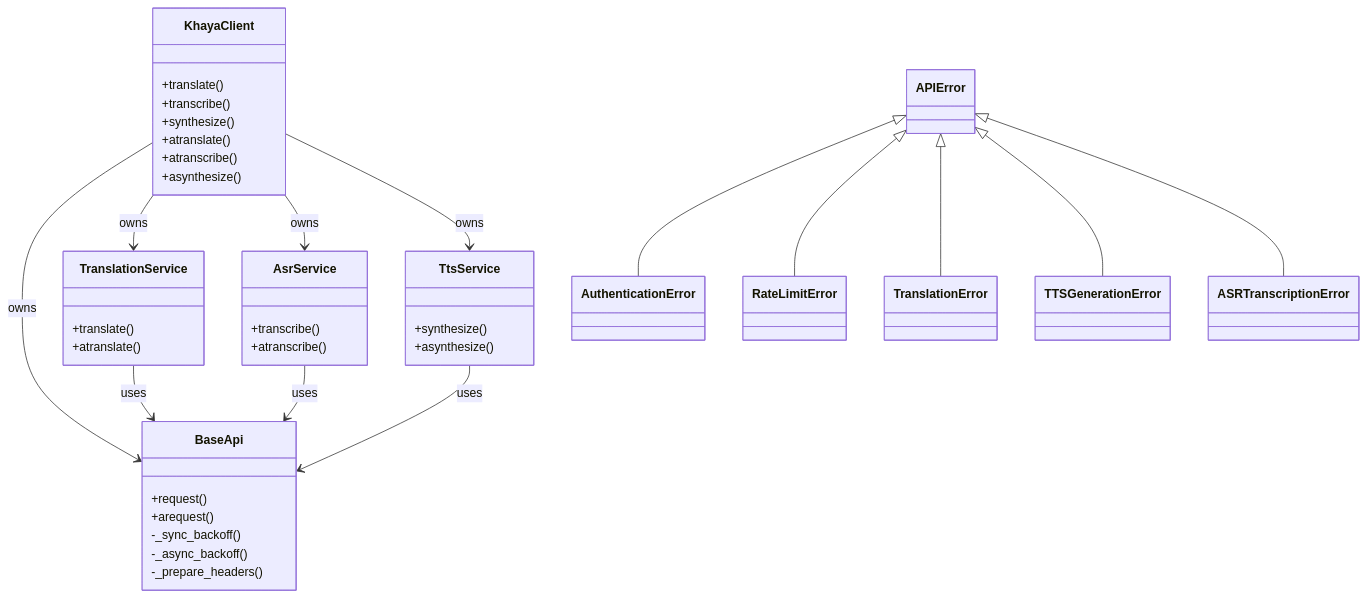
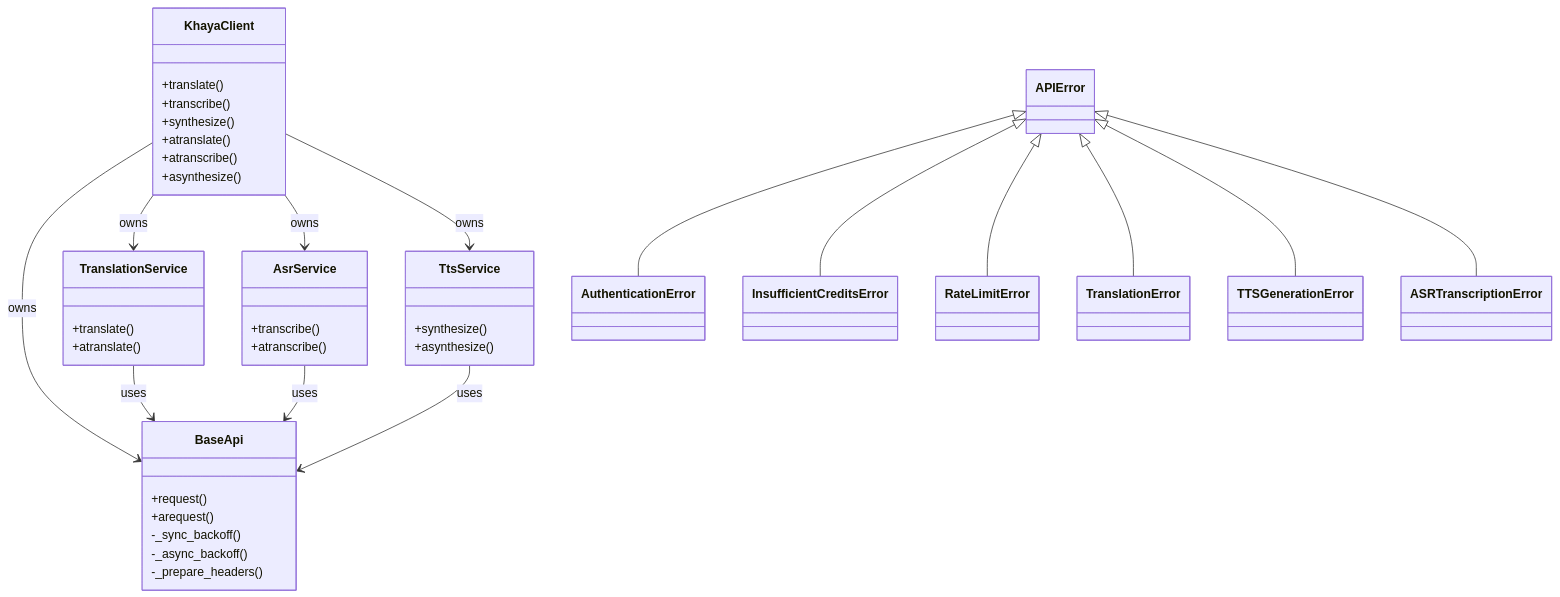
One commit to Khaya-AI/khaya-sdk changed the second of 2 diagrams in docs/internals.md. Above: the diagram before and after it, drawn with Mermaid. The commit also changed other lines of this file and 17 other files, not shown here.

First line of the commit message:
KS-415 read platform gateway errors, add InsufficientCreditsError

````diff
--- a/docs/internals.md
+++ b/docs/internals.md
@@ -53,55 +54,57 @@
 ```mermaid
 classDiagram
     class KhayaClient {
         +translate()
         +transcribe()
         +synthesize()
         +atranslate()
         +atranscribe()
         +asynthesize()
     }
 
     class BaseApi {
         +request()
         +arequest()
         -_sync_backoff()
         -_async_backoff()
         -_prepare_headers()
     }
 
     class TranslationService {
         +translate()
         +atranslate()
     }
 
     class AsrService {
         +transcribe()
         +atranscribe()
     }
 
     class TtsService {
         +synthesize()
         +asynthesize()
     }
 
     class APIError
     class AuthenticationError
+    class InsufficientCreditsError
     class RateLimitError
     class TranslationError
     class TTSGenerationError
     class ASRTranscriptionError
 
     KhayaClient --> BaseApi : owns
     KhayaClient --> TranslationService : owns
     KhayaClient --> AsrService : owns
     KhayaClient --> TtsService : owns
     TranslationService --> BaseApi : uses
     AsrService --> BaseApi : uses
     TtsService --> BaseApi : uses
 
     APIError <|-- AuthenticationError
+    APIError <|-- InsufficientCreditsError
     APIError <|-- RateLimitError
     APIError <|-- TranslationError
     APIError <|-- TTSGenerationError
     APIError <|-- ASRTranscriptionError
 ```
````
